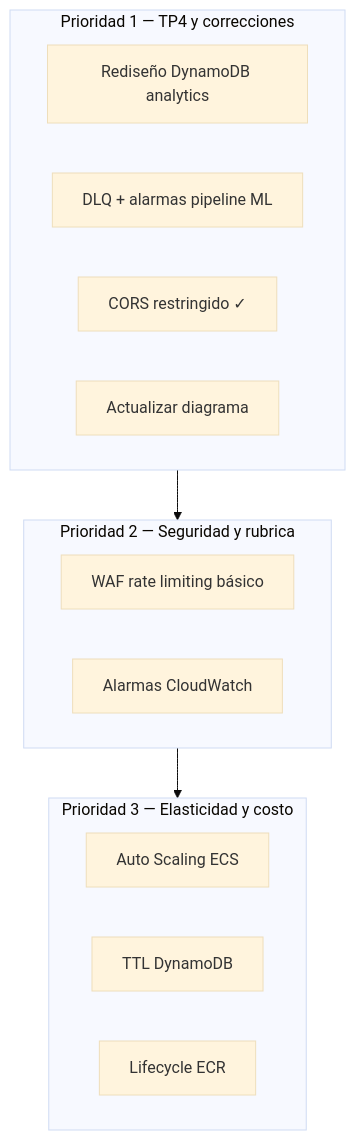
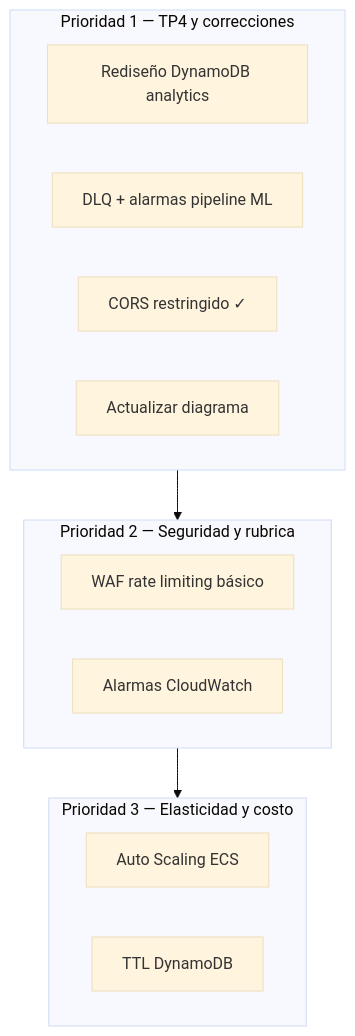
The diagram in docs/propuestas-mejoras.md (bernixtersuper/2026Q1-G3), drawn with Mermaid (base theme) before and after one commit. The commit also changed other lines of this file and 5 other files, not shown here.

Commit message:
NAT per AZ, ECR lifecycle policy, orchestrator lambda sslmode=require

````diff
--- a/docs/propuestas-mejoras.md
+++ b/docs/propuestas-mejoras.md
@@ -23,19 +23,18 @@
 ```mermaid
 flowchart TB
   subgraph p1 [Prioridad 1 — TP4 y correcciones]
     A[Rediseño DynamoDB analytics]
     B[DLQ + alarmas pipeline ML]
     C[CORS restringido ✓]
     D[Actualizar diagrama]
   end
   subgraph p2 [Prioridad 2 — Seguridad y rubrica]
     F[WAF rate limiting básico]
     G[Alarmas CloudWatch]
   end
   subgraph p3 [Prioridad 3 — Elasticidad y costo]
     H[Auto Scaling ECS]
     I[TTL DynamoDB]
-    J[Lifecycle ECR]
   end
   p1 --> p2 --> p3
 ```
````
